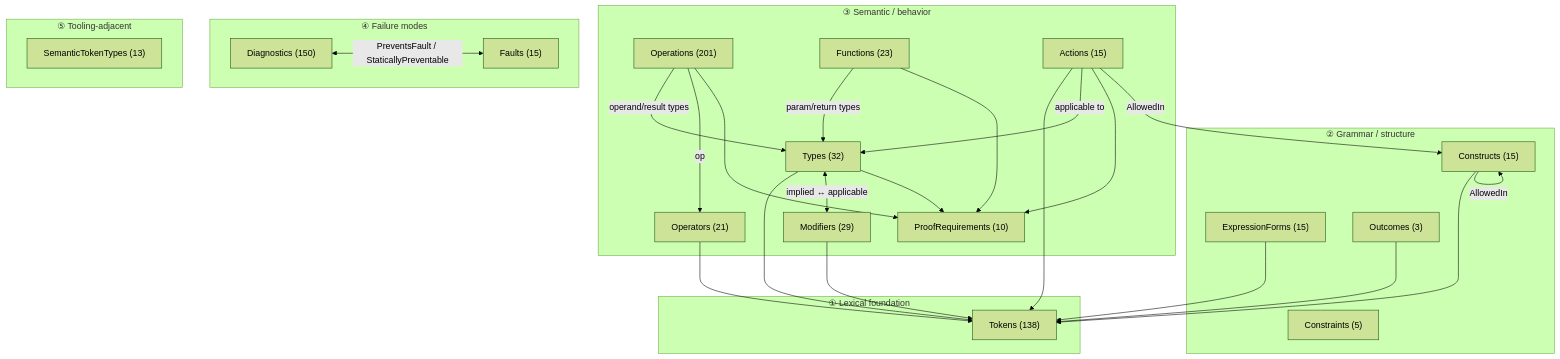
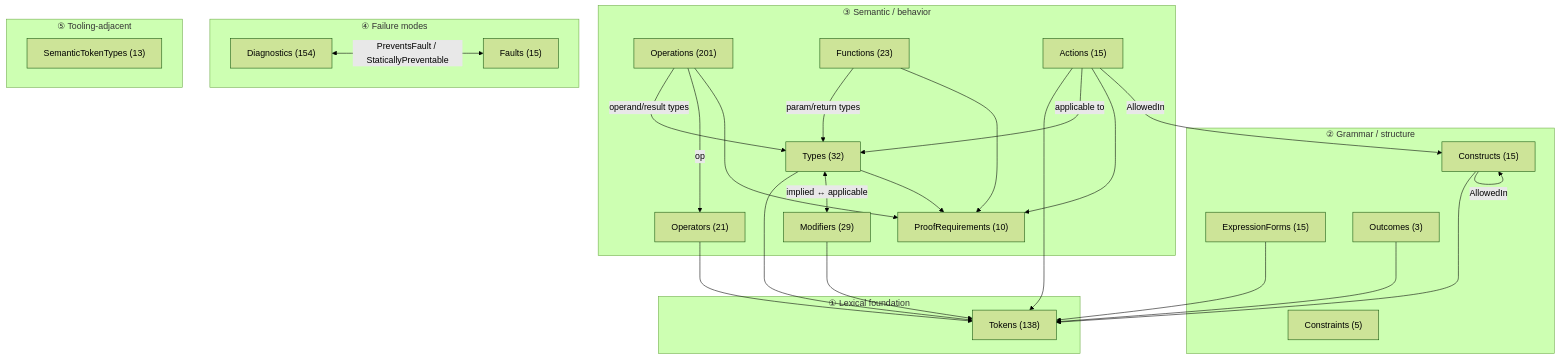
The first of 6 diagrams in docs/language/catalog-system.md (sfalik/Precept), drawn with Mermaid (forest theme) before and after one commit. The commit also changed other lines of this file and 3 other files, not shown here.

First line of the commit message:
docs(phase-5 W-B slice 8): doc-sync for F-LANG-GRAPH-04

````diff
--- a/docs/language/catalog-system.md
+++ b/docs/language/catalog-system.md
@@ -264,61 +264,61 @@
 ```mermaid
 flowchart TB
     subgraph L1["① Lexical foundation"]
         Tokens["Tokens (138)"]
     end
 
     subgraph L2["② Grammar / structure"]
         Constructs["Constructs (15)"]
         ExpressionForms["ExpressionForms (15)"]
         Outcomes["Outcomes (3)"]
         Constraints["Constraints (5)"]
     end
 
     subgraph L3["③ Semantic / behavior"]
         Types["Types (32)"]
         Operators["Operators (21)"]
         Operations["Operations (201)"]
         Functions["Functions (23)"]
         Modifiers["Modifiers (29)"]
         Actions["Actions (15)"]
         ProofRequirements["ProofRequirements (10)"]
     end
 
     subgraph L4["④ Failure modes"]
-        Diagnostics["Diagnostics (150)"]
+        Diagnostics["Diagnostics (154)"]
         Faults["Faults (15)"]
     end
 
     subgraph L5["⑤ Tooling-adjacent"]
         SemanticTokenTypes["SemanticTokenTypes (13)"]
     end
 
     %% Seven catalogs anchor to Tokens
     Types       --> Tokens
     Operators   --> Tokens
     Modifiers   --> Tokens
     Actions     --> Tokens
     Constructs  --> Tokens
     ExpressionForms --> Tokens
     Outcomes    --> Tokens
 
     %% Semantic wiring
     Functions  -->|param/return types| Types
     Operations -->|operand/result types| Types
     Operations -->|op| Operators
     Actions    -->|applicable to| Types
     Types     <-->|"implied ↔ applicable"| Modifiers
 
     %% Proof obligations
     Types      --> ProofRequirements
     Functions  --> ProofRequirements
     Operations --> ProofRequirements
     Actions    --> ProofRequirements
 
     %% Grammar nesting
     Actions    -->|AllowedIn| Constructs
     Constructs -->|AllowedIn| Constructs
 
     %% Failure link
     Diagnostics <-->|"PreventsFault / StaticallyPreventable"| Faults
 ```
````
